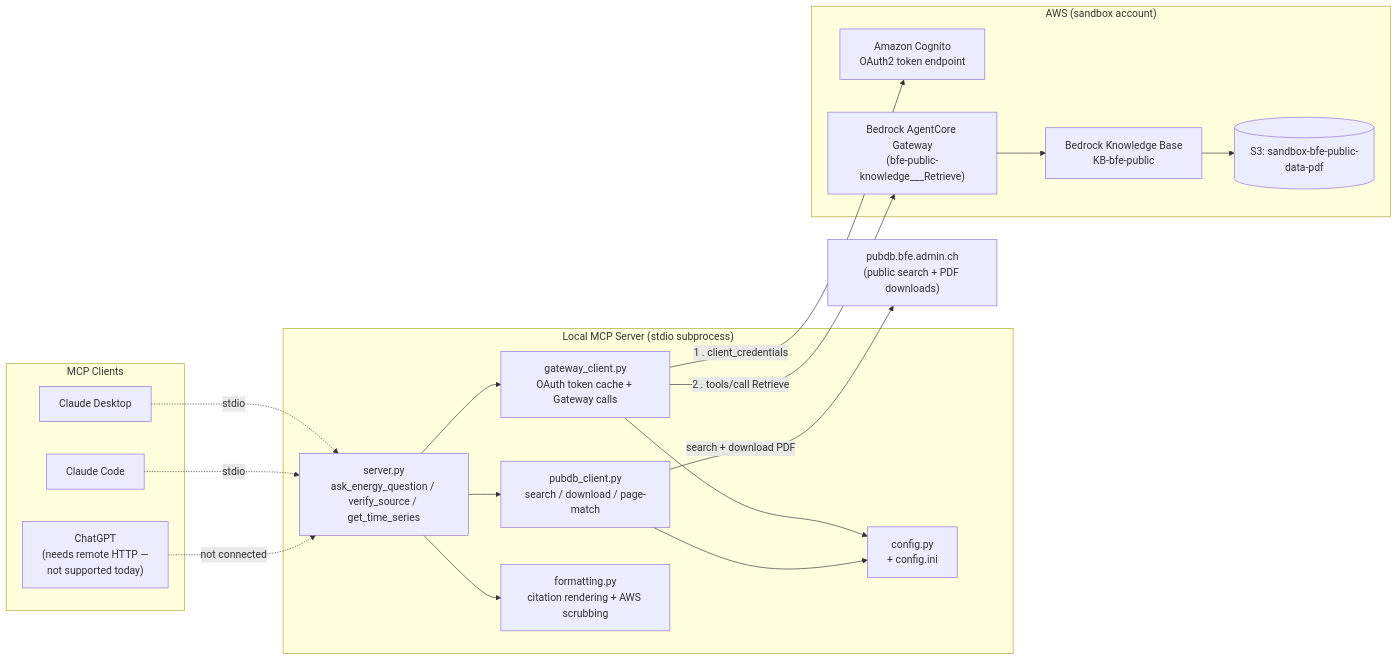
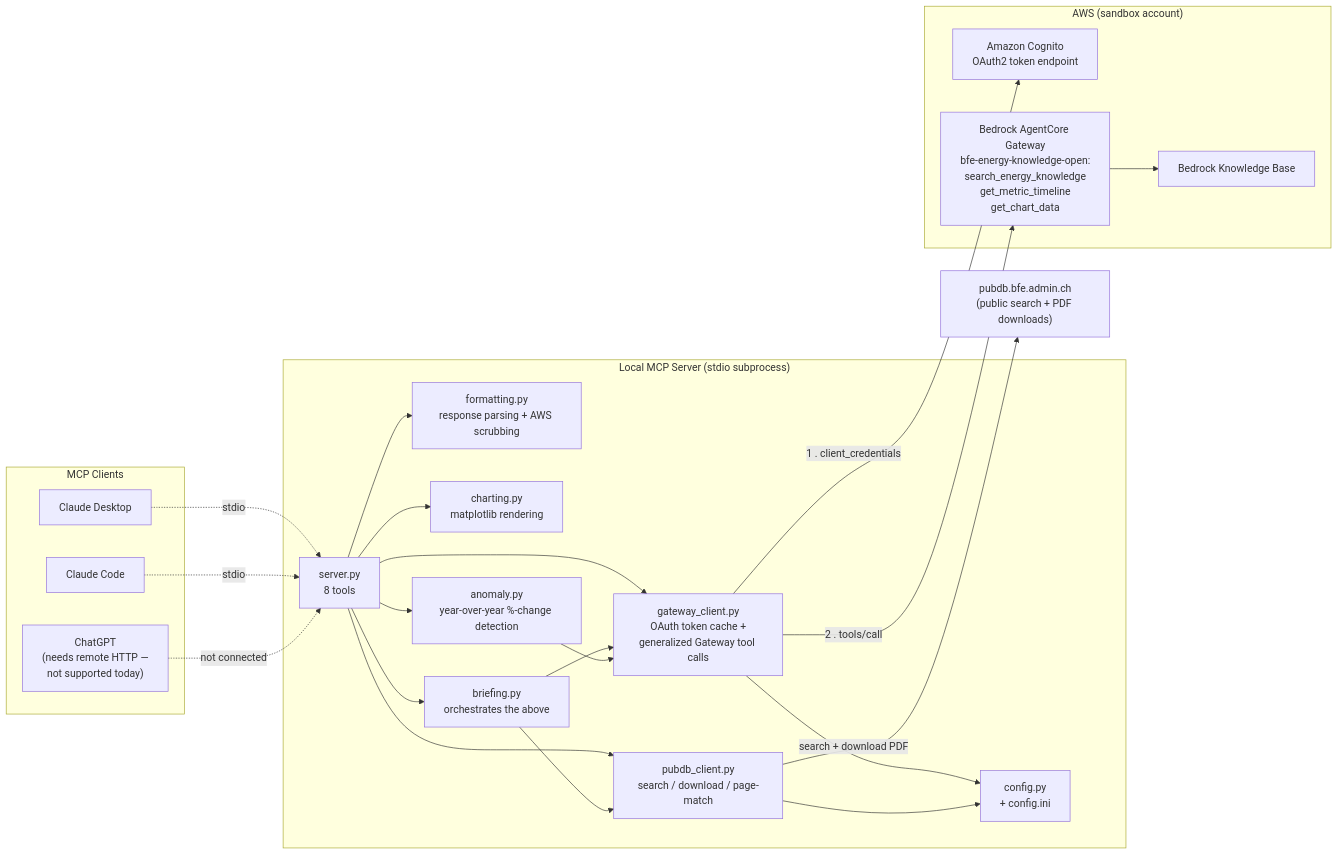
One commit to SFOE-Hackathons/EnergyDataHackdays2026-Brugg-Open-Energy-Knowledge-Gateway changed the first of 3 diagrams in documentation/architecture.md. Above: the diagram before and after it, drawn with Mermaid. The commit also changed other lines of this file and 10 other files, not shown here.

Commit message:
Adding new tools for explaining anomaly and generate briefing. Documentation is also updated

````diff
--- a/documentation/architecture.md
+++ b/documentation/architecture.md
@@ -35,42 +45,49 @@
 ```mermaid
 flowchart LR
     subgraph clients["MCP Clients"]
         CD["Claude Desktop"]
         CC["Claude Code"]
         GPT["ChatGPT<br/>(needs remote HTTP —<br/>not supported today)"]
     end
 
     subgraph local["Local MCP Server (stdio subprocess)"]
-        SRV["server.py<br/>ask_energy_question / verify_source / get_time_series"]
-        GWC["gateway_client.py<br/>OAuth token cache + Gateway calls"]
+        SRV["server.py<br/>8 tools"]
+        GWC["gateway_client.py<br/>OAuth token cache +<br/>generalized Gateway tool calls"]
         PDC["pubdb_client.py<br/>search / download / page-match"]
-        FMT["formatting.py<br/>citation rendering + AWS scrubbing"]
+        FMT["formatting.py<br/>response parsing + AWS scrubbing"]
+        CHT["charting.py<br/>matplotlib rendering"]
+        BRF["briefing.py<br/>orchestrates the above"]
+        ANM["anomaly.py<br/>year-over-year %-change detection"]
         CFG["config.py<br/>+ config.ini"]
     end
 
     subgraph aws["AWS (sandbox account)"]
         COG["Amazon Cognito<br/>OAuth2 token endpoint"]
-        AGW["Bedrock AgentCore Gateway<br/>(bfe-public-knowledge___Retrieve)"]
-        KB["Bedrock Knowledge Base<br/>KB-bfe-public"]
-        S3[("S3: sandbox-bfe-public-data-pdf")]
+        AGW["Bedrock AgentCore Gateway<br/>bfe-energy-knowledge-open:<br/>search_energy_knowledge<br/>get_metric_timeline<br/>get_chart_data"]
+        KB["Bedrock Knowledge Base"]
     end
 
     PUBDB["pubdb.bfe.admin.ch<br/>(public search + PDF downloads)"]
 
     CD -.->|stdio| SRV
     CC -.->|stdio| SRV
     GPT -.->|"not connected"| SRV
 
     SRV --> GWC
     SRV --> PDC
     SRV --> FMT
+    SRV --> CHT
+    SRV --> BRF
+    SRV --> ANM
+    BRF --> GWC
+    BRF --> PDC
+    ANM --> GWC
     GWC --> CFG
     PDC --> CFG
 
     GWC -->|"1 . client_credentials"| COG
-    GWC -->|"2 . tools/call Retrieve"| AGW
+    GWC -->|"2 . tools/call"| AGW
     AGW --> KB
-    KB --> S3
 
     PDC -->|"search + download PDF"| PUBDB
 ```
````
